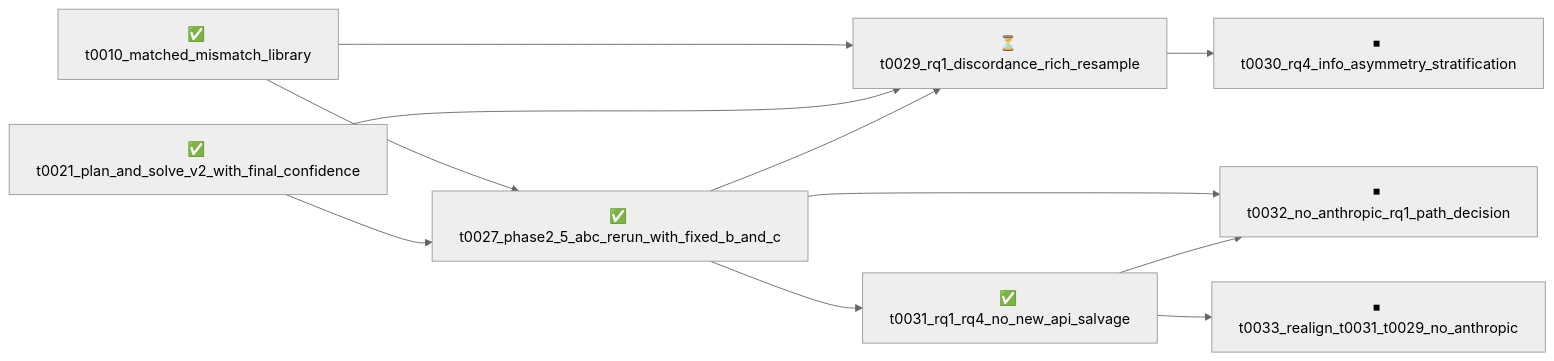
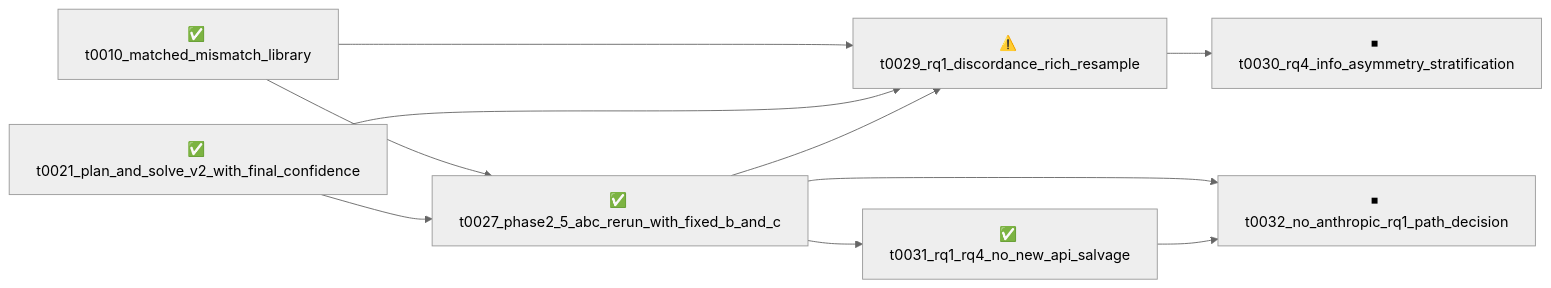
One commit to omniscale-ai/reasoning-scale2 changed the diagram in overview/tasks/README.md. Above: the diagram before and after it, drawn with Mermaid (neutral theme). The commit also changed other lines of this file and 34 other files, not shown here.

Commit message:
overview: refresh after t0033_realign_t0031_t0029_no_anthropic

````diff
--- a/overview/tasks/README.md
+++ b/overview/tasks/README.md
@@ -13,22 +15,20 @@
 ```mermaid
 graph LR
     t0010_matched_mismatch_library["✅ t0010_matched_mismatch_library"]
     t0021_plan_and_solve_v2_with_final_confidence["✅ t0021_plan_and_solve_v2_with_final_confidence"]
     t0027_phase2_5_abc_rerun_with_fixed_b_and_c["✅ t0027_phase2_5_abc_rerun_with_fixed_b_and_c"]
-    t0029_rq1_discordance_rich_resample["⏳ t0029_rq1_discordance_rich_resample"]
+    t0029_rq1_discordance_rich_resample["⚠️ t0029_rq1_discordance_rich_resample"]
     t0030_rq4_info_asymmetry_stratification["⏹ t0030_rq4_info_asymmetry_stratification"]
     t0031_rq1_rq4_no_new_api_salvage["✅ t0031_rq1_rq4_no_new_api_salvage"]
     t0032_no_anthropic_rq1_path_decision["⏹ t0032_no_anthropic_rq1_path_decision"]
-    t0033_realign_t0031_t0029_no_anthropic["⏹ t0033_realign_t0031_t0029_no_anthropic"]
 
     t0010_matched_mismatch_library --> t0027_phase2_5_abc_rerun_with_fixed_b_and_c
     t0021_plan_and_solve_v2_with_final_confidence --> t0027_phase2_5_abc_rerun_with_fixed_b_and_c
     t0010_matched_mismatch_library --> t0029_rq1_discordance_rich_resample
     t0021_plan_and_solve_v2_with_final_confidence --> t0029_rq1_discordance_rich_resample
     t0027_phase2_5_abc_rerun_with_fixed_b_and_c --> t0029_rq1_discordance_rich_resample
     t0029_rq1_discordance_rich_resample --> t0030_rq4_info_asymmetry_stratification
     t0027_phase2_5_abc_rerun_with_fixed_b_and_c --> t0031_rq1_rq4_no_new_api_salvage
     t0027_phase2_5_abc_rerun_with_fixed_b_and_c --> t0032_no_anthropic_rq1_path_decision
     t0031_rq1_rq4_no_new_api_salvage --> t0032_no_anthropic_rq1_path_decision
-    t0031_rq1_rq4_no_new_api_salvage --> t0033_realign_t0031_t0029_no_anthropic
 ```
````
